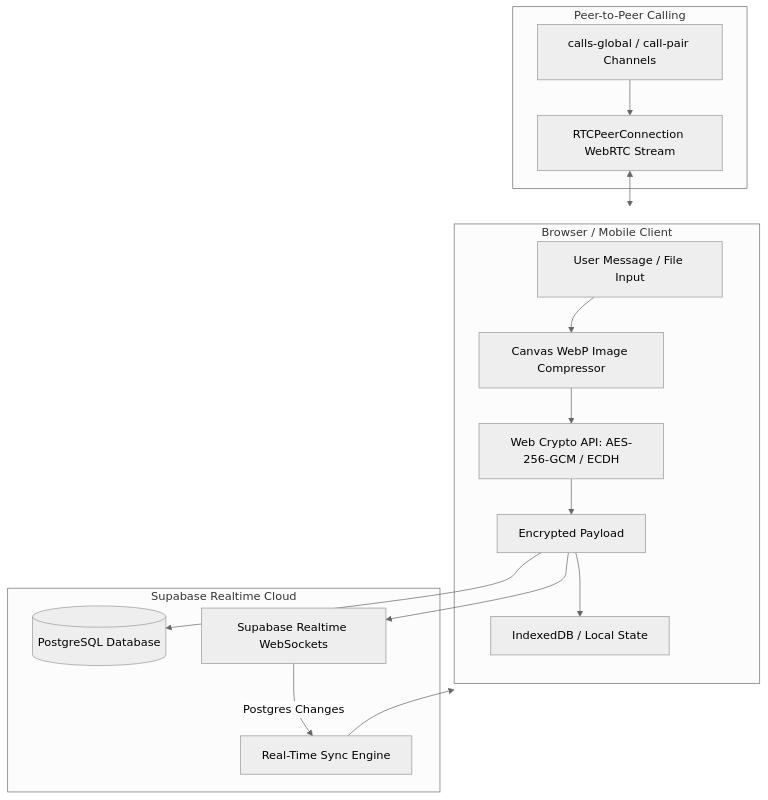
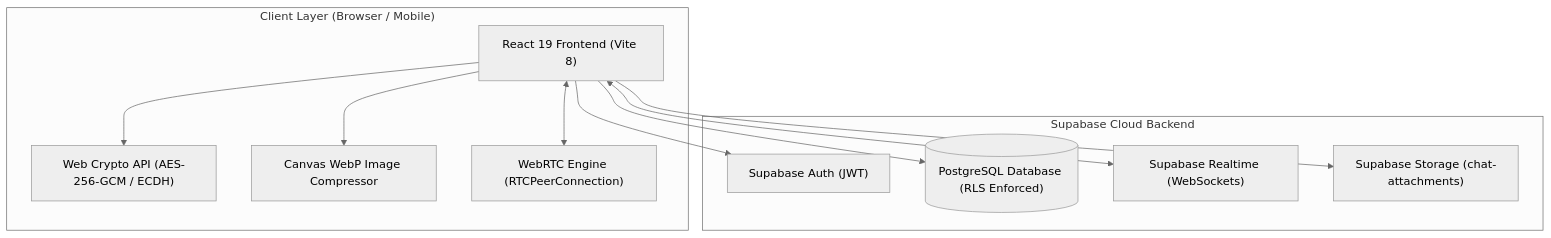
The first of 5 diagrams in README.md (VishnuSreeVidya/NodeTalk), drawn with Mermaid (neutral theme) before and after one commit. The commit also changed other lines of this file, not shown here.

Commit message:
docs: rewrite README with recruiter-friendly technical architecture, security analysis, flow sequence diagrams, database schema, and performance documentation

````diff
--- a/README.md
+++ b/README.md
@@ -62,22 +76,24 @@
 ```mermaid
-flowchart TD
-    subgraph Client [Browser / Mobile Client]
-        Input[User Message / File Input] --> Compressor[Canvas WebP Image Compressor]
-        Compressor --> EncryptEngine[Web Crypto API: AES-256-GCM / ECDH]
-        EncryptEngine --> Ciphertext[Encrypted Payload]
-        Ciphertext --> LocalCache[IndexedDB / Local State]
+graph TD
+    subgraph ClientLayer ["Client Layer (Browser / Mobile)"]
+        ReactApp["React 19 Frontend (Vite 8)"]
+        CryptoEngine["Web Crypto API (AES-256-GCM / ECDH)"]
+        MediaCompressor["Canvas WebP Image Compressor"]
+        WebRTCClient["WebRTC Engine (RTCPeerConnection)"]
     end
 
-    subgraph SupabaseCloud [Supabase Realtime Cloud]
-        Ciphertext --> DB[(PostgreSQL Database)]
-        Ciphertext --> Realtime[Supabase Realtime WebSockets]
-        Realtime -->|Postgres Changes| Sync[Real-Time Sync Engine]
+    subgraph BackendLayer ["Supabase Cloud Backend"]
+        AuthModule["Supabase Auth (JWT)"]
+        PostgresDB[("PostgreSQL Database (RLS Enforced)")]
+        RealtimeEngine["Supabase Realtime (WebSockets)"]
+        StorageBuckets["Supabase Storage (chat-attachments)"]
     end
 
-    subgraph WebRTCSignaling [Peer-to-Peer Calling]
-        Signaling[calls-global / call-pair Channels] --> PeerConn[RTCPeerConnection WebRTC Stream]
-    end
-
-    Sync --> Client
-    PeerConn <--> Client
+    ReactApp --> AuthModule
+    ReactApp --> PostgresDB
+    ReactApp <--> RealtimeEngine
+    ReactApp --> StorageBuckets
+    ReactApp --> CryptoEngine
+    ReactApp --> MediaCompressor
+    ReactApp <--> WebRTCClient
 ```
````
